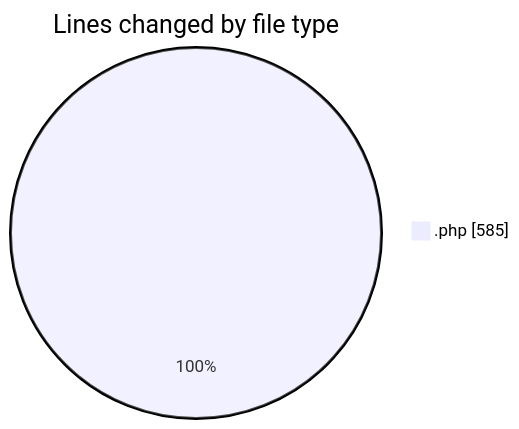
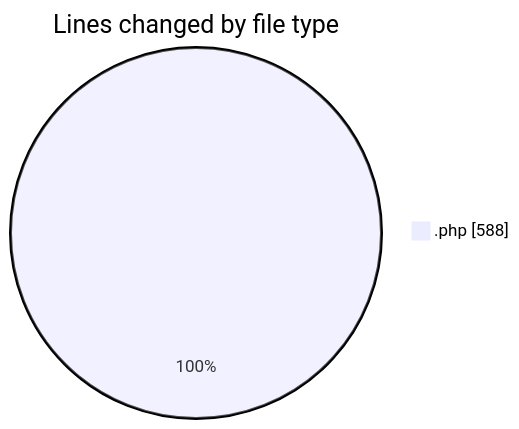
The first of 2 diagrams in 2026-07-09/wp-content/README.md (debugP/code-tracking), drawn with Mermaid before and after one commit. The commit also changed other lines of this file and 1 other file, not shown here.

````diff
--- a/2026-07-09/wp-content/README.md
+++ b/2026-07-09/wp-content/README.md
@@ -21,5 +21,5 @@
 ```mermaid
 pie showData
 title Lines changed by file type
-".php" : 585
+".php" : 588
 ```
````
